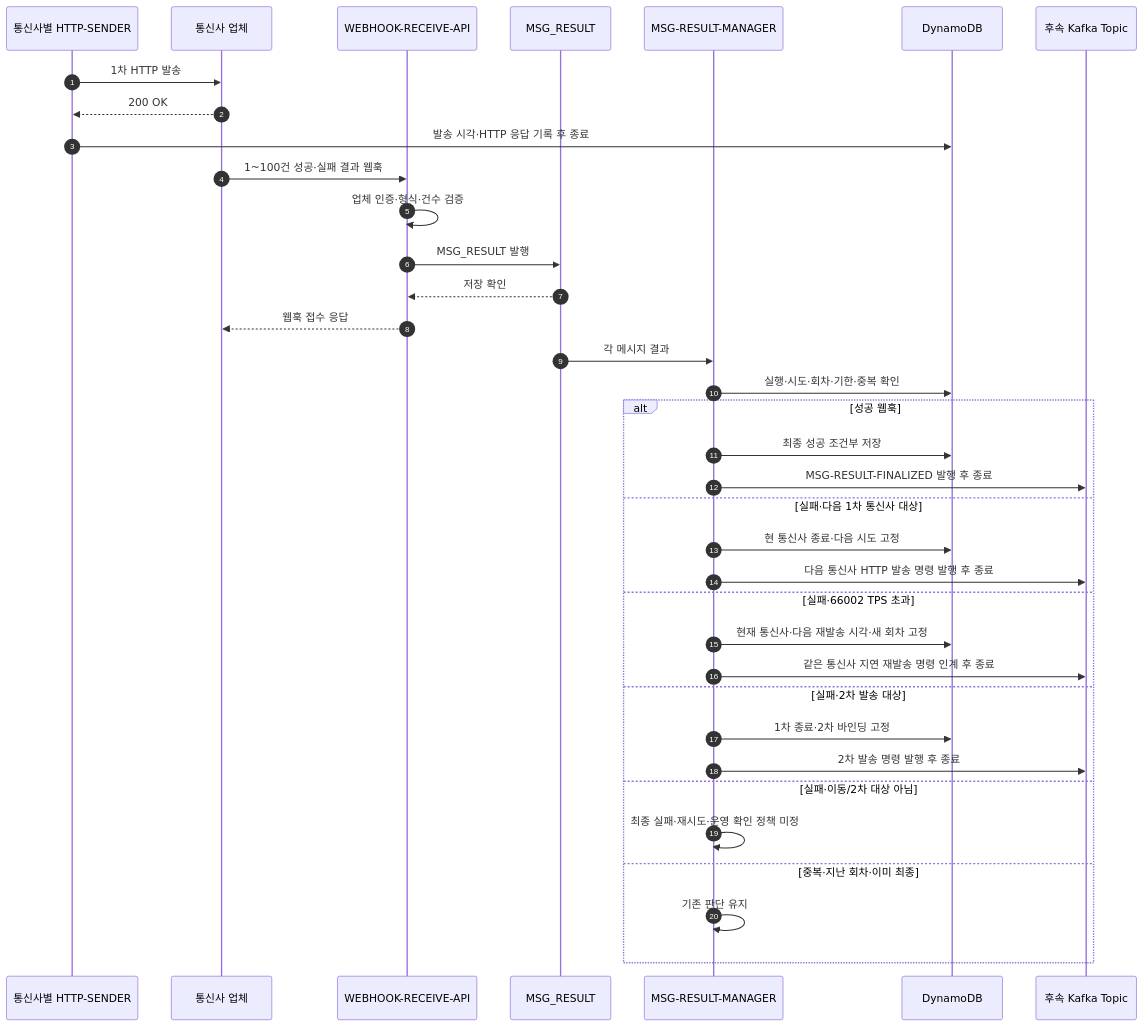
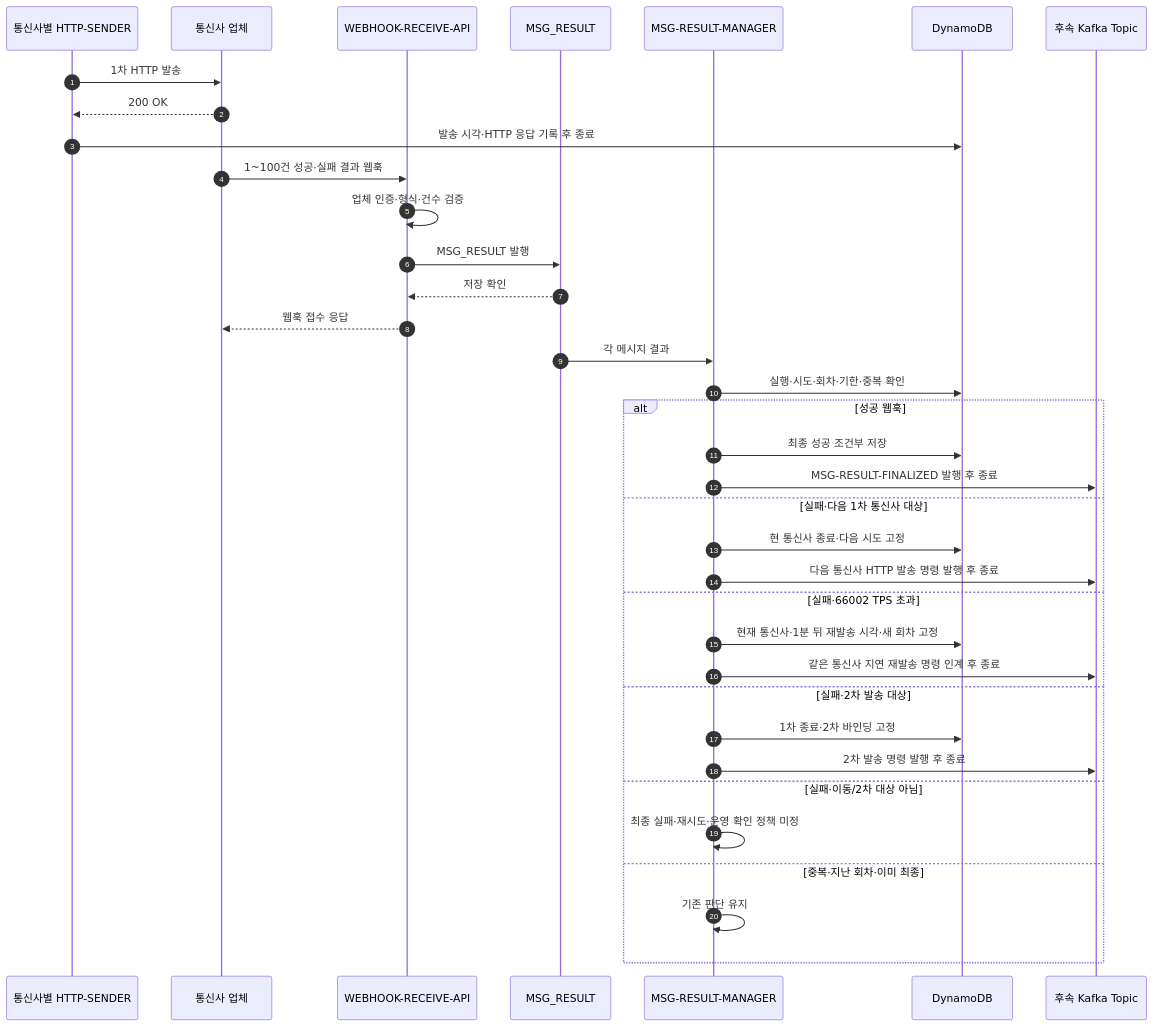
Before and after one commit to hyun-seung/High-throughput-event-platform: the seventh of 10 diagrams in docs/53-신규-메시지-케이스별-Call-Flow.md, drawn with Mermaid. The commit also changed other lines of this file and 6 other files, not shown here.

````diff
--- a/docs/53-신규-메시지-케이스별-Call-Flow.md
+++ b/docs/53-신규-메시지-케이스별-Call-Flow.md
@@ -193,38 +193,38 @@
 ```mermaid
 sequenceDiagram
     autonumber
     participant S as 통신사별 HTTP-SENDER
     participant P as 통신사 업체
     participant W as WEBHOOK-RECEIVE-API
     participant K as MSG_RESULT
     participant M as MSG-RESULT-MANAGER
     participant D as DynamoDB
     participant T as 후속 Kafka Topic
     S->>P: 1차 HTTP 발송
     P-->>S: 200 OK
     S->>D: 발송 시각·HTTP 응답 기록 후 종료
     P->>W: 1~100건 성공·실패 결과 웹훅
     W->>W: 업체 인증·형식·건수 검증
     W->>K: MSG_RESULT 발행
     K-->>W: 저장 확인
     W-->>P: 웹훅 접수 응답
     K->>M: 각 메시지 결과
     M->>D: 실행·시도·회차·기한·중복 확인
     alt 성공 웹훅
         M->>D: 최종 성공 조건부 저장
         M->>T: MSG-RESULT-FINALIZED 발행 후 종료
     else 실패·다음 1차 통신사 대상
         M->>D: 현 통신사 종료·다음 시도 고정
         M->>T: 다음 통신사 HTTP 발송 명령 발행 후 종료
     else 실패·66002 TPS 초과
-        M->>D: 현재 통신사·다음 재발송 시각·새 회차 고정
+        M->>D: 현재 통신사·1분 뒤 재발송 시각·새 회차 고정
         M->>T: 같은 통신사 지연 재발송 명령 인계 후 종료
     else 실패·2차 발송 대상
         M->>D: 1차 종료·2차 바인딩 고정
         M->>T: 2차 발송 명령 발행 후 종료
     else 실패·이동/2차 대상 아님
         M->>M: 최종 실패·재시도·운영 확인 정책 미정
     else 중복·지난 회차·이미 최종
         M->>M: 기존 판단 유지
     end
 ```
````
